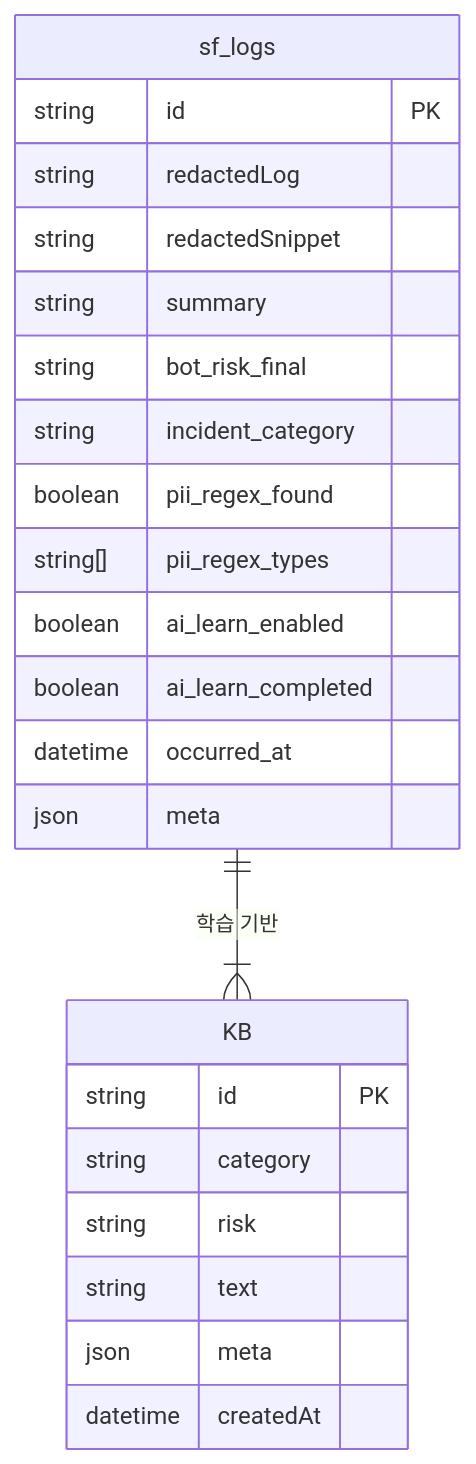
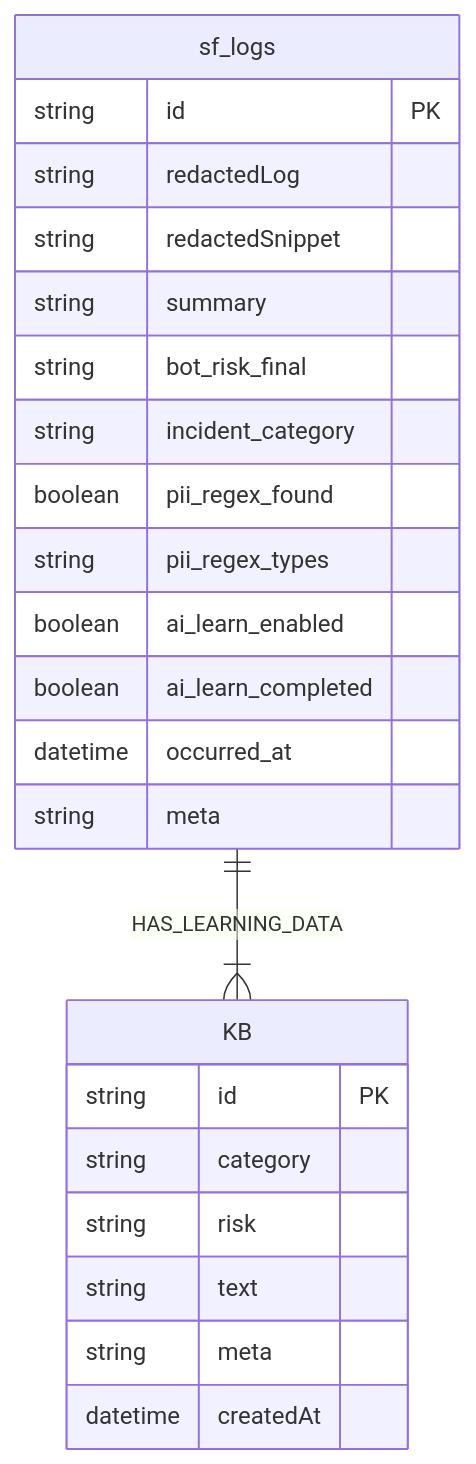
Before and after one commit to jihun-moon/im-bank-n8n-agent: the second of 2 diagrams in README.md, drawn with Mermaid. The commit also changed other lines of this file, not shown here.

````diff
--- a/README.md
+++ b/README.md
@@ -150,28 +150,28 @@
 ```mermaid
 erDiagram
     sf_logs {
         string id PK
         string redactedLog
         string redactedSnippet
         string summary
         string bot_risk_final
         string incident_category
         boolean pii_regex_found
-        string[] pii_regex_types
+        string pii_regex_types
         boolean ai_learn_enabled
         boolean ai_learn_completed
         datetime occurred_at
-        json meta
+        string meta
     }
 
     KB {
         string id PK
         string category
         string risk
         string text
-        json meta
+        string meta
         datetime createdAt
     }
 
-    sf_logs ||--|{ KB : "학습 기반"
+    sf_logs ||--|{ KB : "HAS_LEARNING_DATA"
 ```
````
